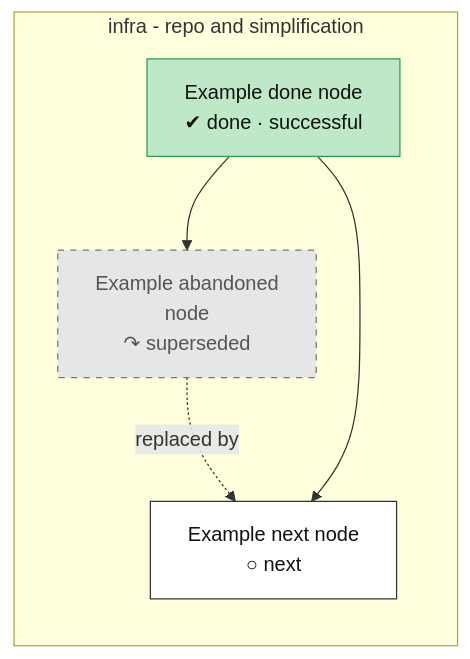
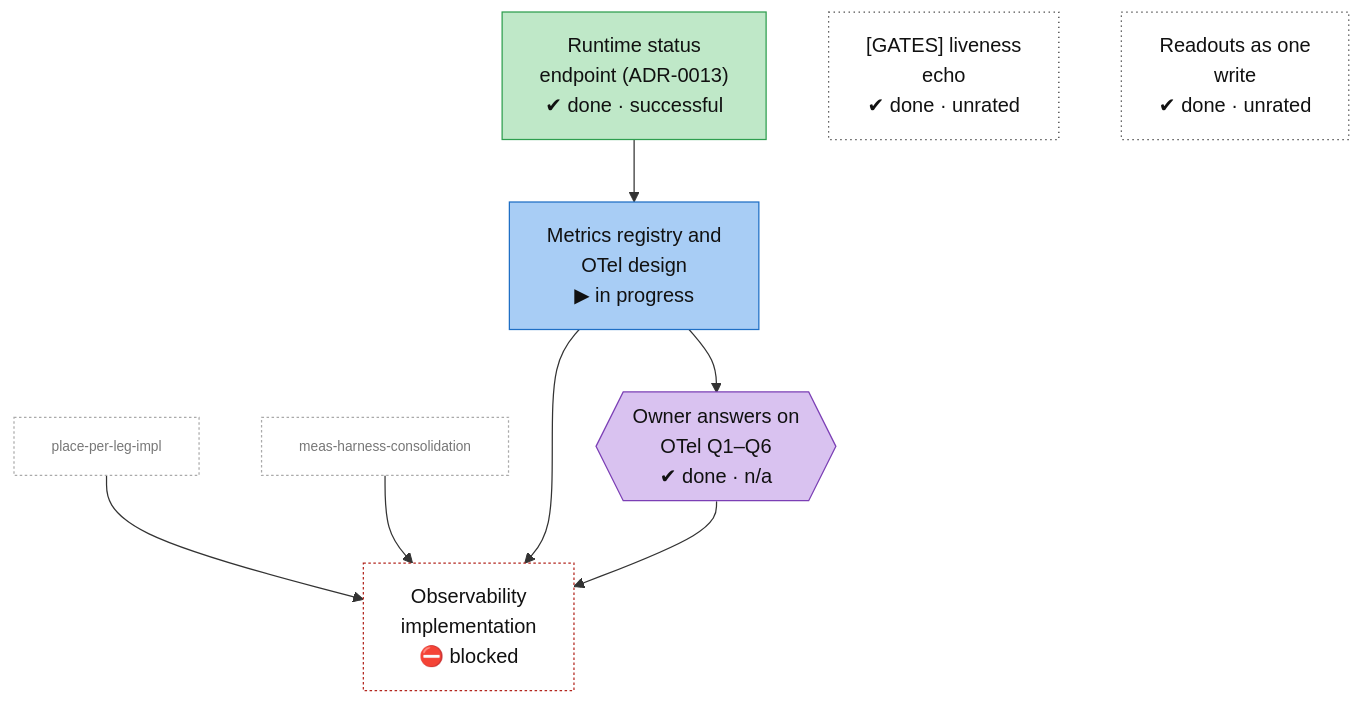
Diagram 13 of 14 in docs/roadmap.md (lhns/raptorpath), drawn with Mermaid before and after one commit. The commit also changed other lines of this file and 3 other files, not shown here.

Commit message:
roadmap: the tech tree - 198 nodes (171 history from status, ADRs, paper and git; 27 forward), generated overview, timeline and per-track trees; check: unrated nodes may keep their source quote (warning)

````diff
--- a/docs/roadmap.md
+++ b/docs/roadmap.md
@@ -82,27 +1219,35 @@
 ```mermaid
 flowchart TB
-    subgraph sg_infra["infra - repo and simplification"]
-        direction TB
-        infra_example_done["Example done node<br/>✔ done · successful"]
-        infra_example_abandoned["Example abandoned<br/>node<br/>↷ superseded"]
-        infra_example_next["Example next node<br/>○ next"]
-    end
-    infra_example_done --> infra_example_abandoned
-    infra_example_abandoned -.->|replaced by| infra_example_next
-    infra_example_done --> infra_example_next
+    obs_status_endpoint["Runtime status<br/>endpoint (ADR-0013)<br/>✔ done · successful"]
+    obs_gates_echo["#91;GATES#93; liveness<br/>echo<br/>✔ done · unrated"]
+    obs_readout_macro["Readouts as one<br/>write<br/>✔ done · unrated"]
+    obs_otel_design["Metrics registry and<br/>OTel design<br/>▶ in progress"]
+    obs_user_otel_answers{{"Owner answers on<br/>OTel Q1–Q6<br/>✔ done · n/a"}}
+    obs_impl["Observability<br/>implementation<br/>⛔ blocked"]
+    x_meas_harness_consolidation["meas-harness-consolidation"]
+    x_place_per_leg_impl["place-per-leg-impl"]
+    obs_status_endpoint --> obs_otel_design
+    obs_otel_design --> obs_user_otel_answers
+    x_place_per_leg_impl --> obs_impl
+    x_meas_harness_consolidation --> obs_impl
+    obs_otel_design --> obs_impl
+    obs_user_otel_answers --> obs_impl
     classDef vsucc fill:#2e9e4f,stroke:#1b6b34,color:#fff
     classDef succ fill:#bfe8c8,stroke:#2e9e4f,color:#111
     classDef mixed fill:#ffd37a,stroke:#c98a00,color:#111
     classDef bad fill:#f28b82,stroke:#b3261e,color:#111
     classDef dead fill:#e6e6e6,stroke:#777,stroke-dasharray:5 5,color:#555
     classDef inprog fill:#a8cdf5,stroke:#1f6fc5,color:#111
     classDef next fill:#fff,stroke:#333,color:#111
     classDef blocked fill:#fff,stroke:#b3261e,stroke-dasharray:2 2,color:#111
     classDef parked fill:#f3f3f3,stroke:#999,color:#555
     classDef unrated fill:#fff,stroke:#333,stroke-dasharray:1 3,color:#111
     classDef userdec fill:#d9c2f0,stroke:#7b3fb5,color:#111
     classDef stub fill:#fff,stroke:#aaa,stroke-dasharray:2 2,color:#777,font-size:11px
-    class infra_example_done succ
-    class infra_example_abandoned dead
-    class infra_example_next next
+    class obs_status_endpoint succ
+    class obs_gates_echo,obs_readout_macro unrated
+    class obs_otel_design inprog
+    class obs_user_otel_answers userdec
+    class obs_impl blocked
+    class x_meas_harness_consolidation,x_place_per_leg_impl stub
 ```
````
